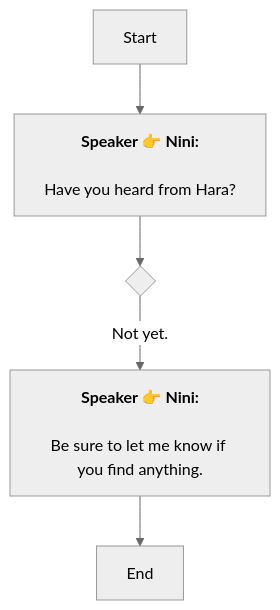
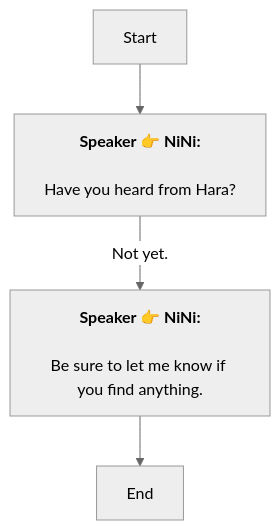
Before and after one commit to SoftHu/tos_avg: the diagram in En/QuestTalkObjectiveNode_1766056583163634.md, drawn with Mermaid (neutral theme). The commit also changed 737 other files, not shown here.

````diff
--- a/En/QuestTalkObjectiveNode_1766056583163634.md
+++ b/En/QuestTalkObjectiveNode_1766056583163634.md
@@ -1,12 +1,9 @@
 ```mermaid
 graph
-Start -->1766056673781493[<b>Speaker 👉 Nini:</b>
-
-Have you heard from Hara?]
-1766056673781493 -->1766056723437302{ }
-1766056723437302 -->|Not yet.|1766056740157179[<b>Speaker 👉 Nini:</b>
-
-Be sure to let me know if you find anything.]
+Start -->1766056673781493[<b>Speaker 👉 NiNi:</b>
+\nHave you heard from Hara?]
+1766056673781493 -->|Not yet.|1766056740157179[<b>Speaker 👉 NiNi:</b>
+\nBe sure to let me know if you find anything.]
 1766056740157179 -->1766056844185340[End]
 
- ```
+```
````
